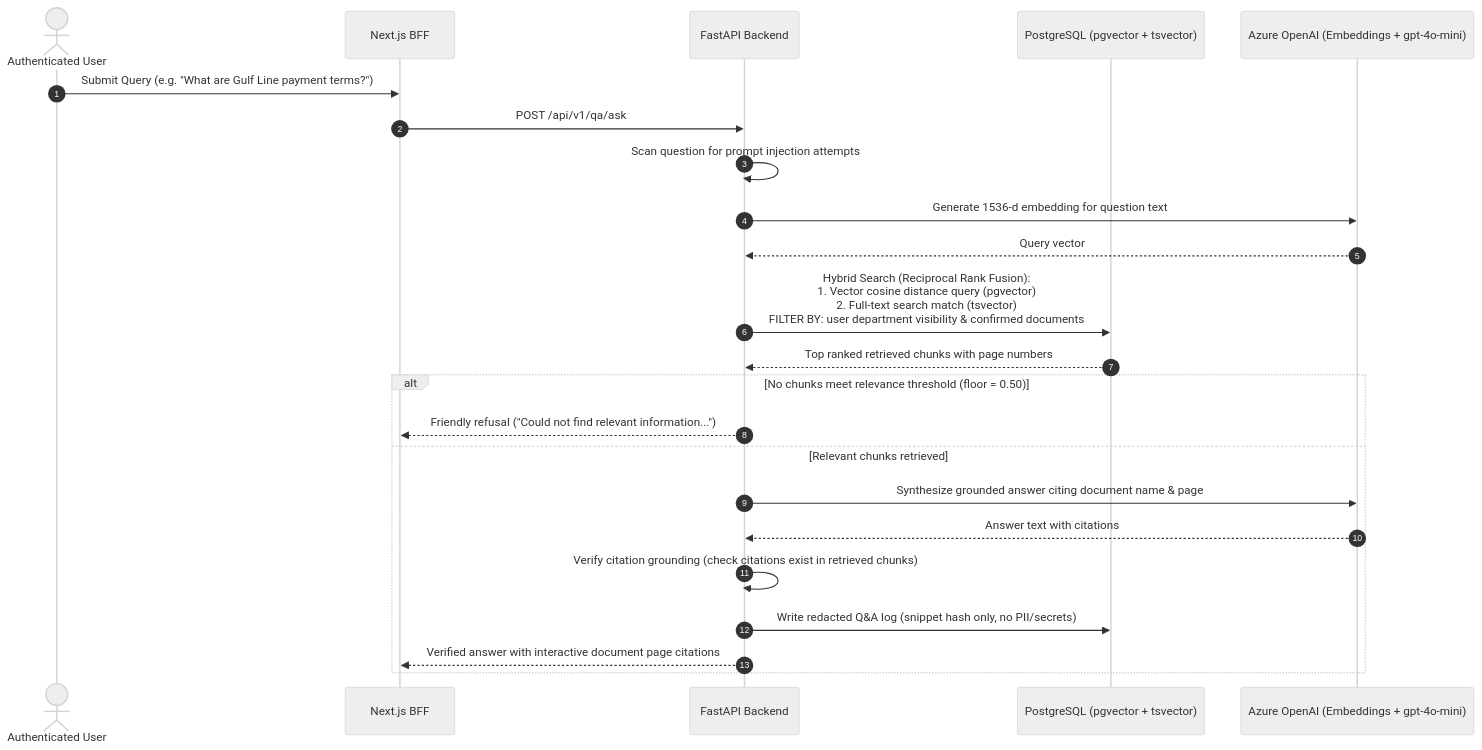
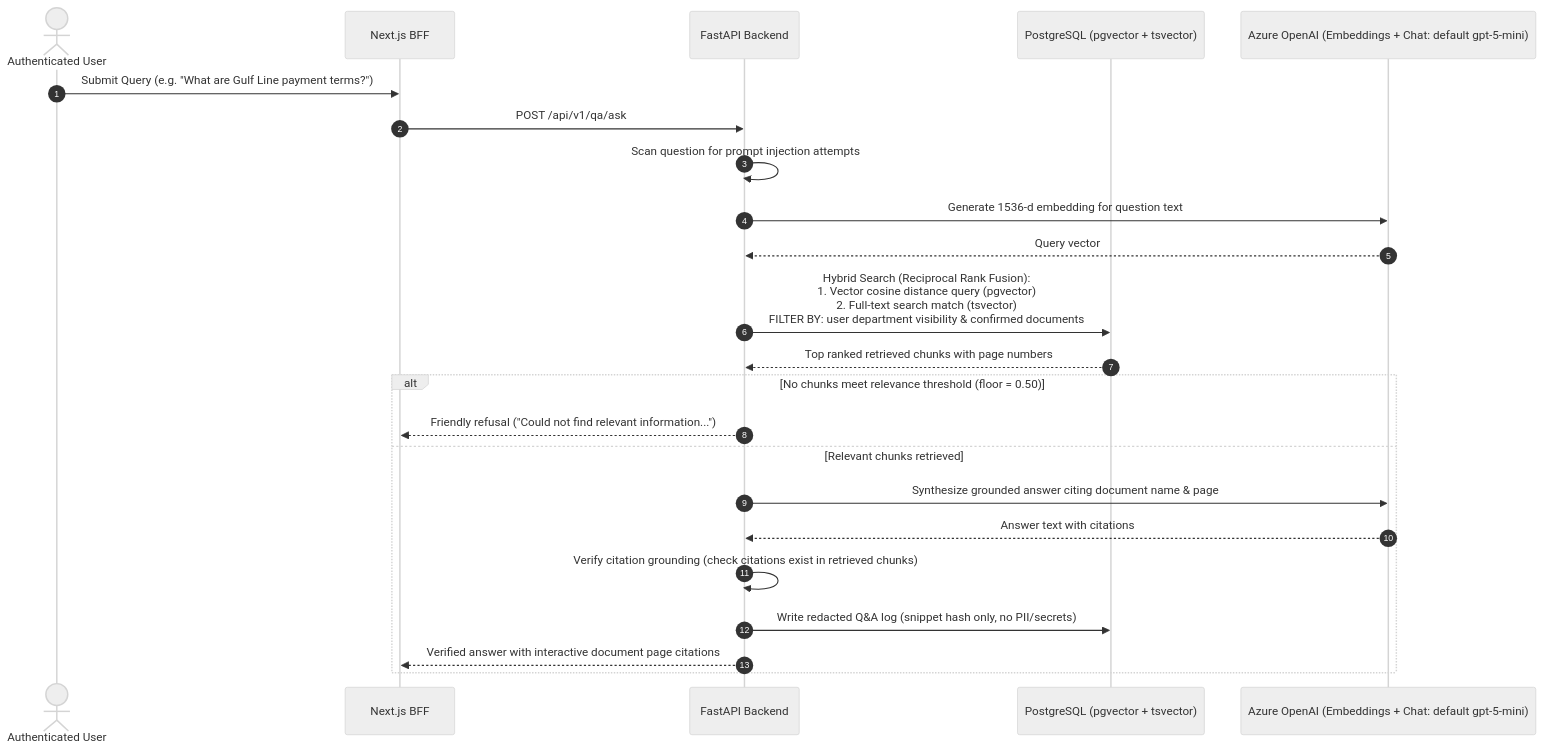
Before and after one commit to prabud0401/brilliant-procurement-ai: the third of 5 diagrams in docs/architecture.md, drawn with Mermaid (neutral theme). The commit also changed other lines of this file and 19 other files, not shown here.

````diff
--- a/docs/architecture.md
+++ b/docs/architecture.md
@@ -186,26 +186,26 @@
 ```mermaid
 sequenceDiagram
     autonumber
     actor User as Authenticated User
     participant Web as Next.js BFF
     participant API as FastAPI Backend
     participant DB as PostgreSQL (pgvector + tsvector)
-    participant AI as Azure OpenAI (Embeddings + gpt-4o-mini)
+    participant AI as Azure OpenAI (Embeddings + Chat: default gpt-5-mini)
 
     User->>Web: Submit Query (e.g. "What are Gulf Line payment terms?")
     Web->>API: POST /api/v1/qa/ask
     API->>API: Scan question for prompt injection attempts
     API->>AI: Generate 1536-d embedding for question text
     AI-->>API: Query vector
     API->>DB: Hybrid Search (Reciprocal Rank Fusion):<br/>1. Vector cosine distance query (pgvector)<br/>2. Full-text search match (tsvector)<br/>FILTER BY: user department visibility & confirmed documents
     DB-->>API: Top ranked retrieved chunks with page numbers
     alt No chunks meet relevance threshold (floor = 0.50)
         API-->>Web: Friendly refusal ("Could not find relevant information...")
     else Relevant chunks retrieved
         API->>AI: Synthesize grounded answer citing document name & page
         AI-->>API: Answer text with citations
         API->>API: Verify citation grounding (check citations exist in retrieved chunks)
         API->>DB: Write redacted Q&A log (snippet hash only, no PII/secrets)
         API-->>Web: Verified answer with interactive document page citations
     end
 ```
````
